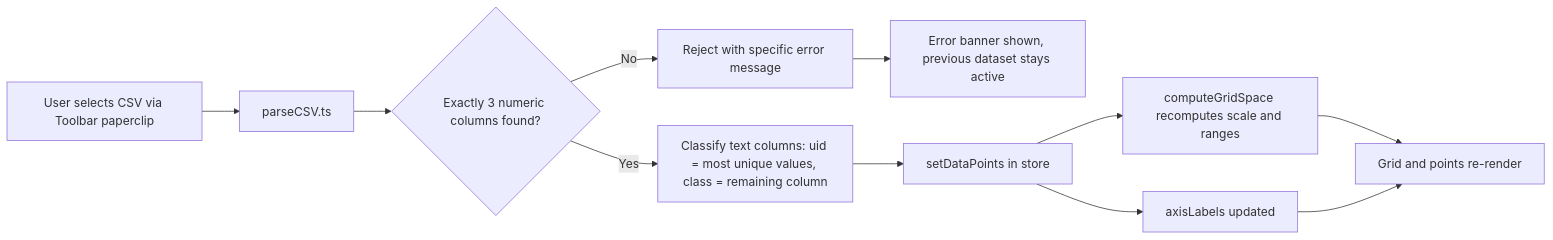
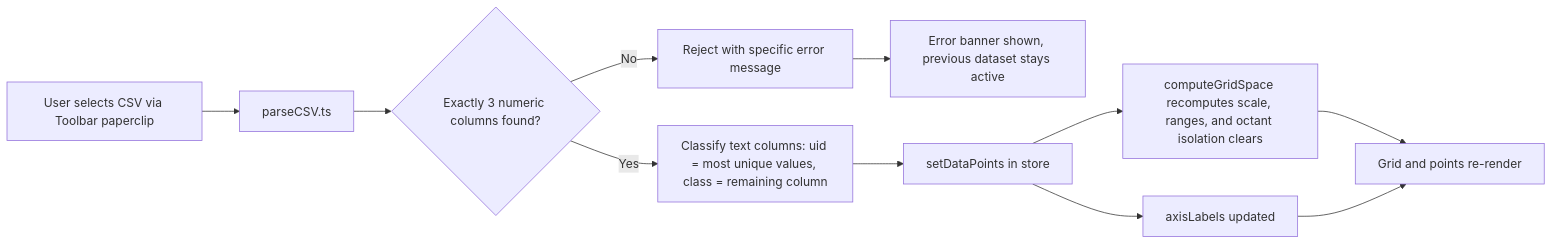
One commit to cwheelus/orinoco changed the first of 3 diagrams in README.md. Above: the diagram before and after it, drawn with Mermaid. The commit also changed other lines of this file, not shown here.

Commit message:
docs: rewrite README for signed grid, octant isolation, and CSV-only loading

````diff
--- a/README.md
+++ b/README.md
@@ -74,13 +85,13 @@
 ```mermaid
 flowchart LR
     A[User selects CSV via Toolbar paperclip] --> B[parseCSV.ts]
     B --> C{Exactly 3 numeric columns found?}
     C -- No --> D[Reject with specific error message]
     D --> E[Error banner shown, previous dataset stays active]
     C -- Yes --> F[Classify text columns: uid = most unique values, class = remaining column]
     F --> G[setDataPoints in store]
-    G --> H[computeGridSpace recomputes scale and ranges]
+    G --> H[computeGridSpace recomputes scale, ranges, and octant isolation clears]
     G --> I[axisLabels updated]
     H --> J[Grid and points re-render]
     I --> J
 ```
````
